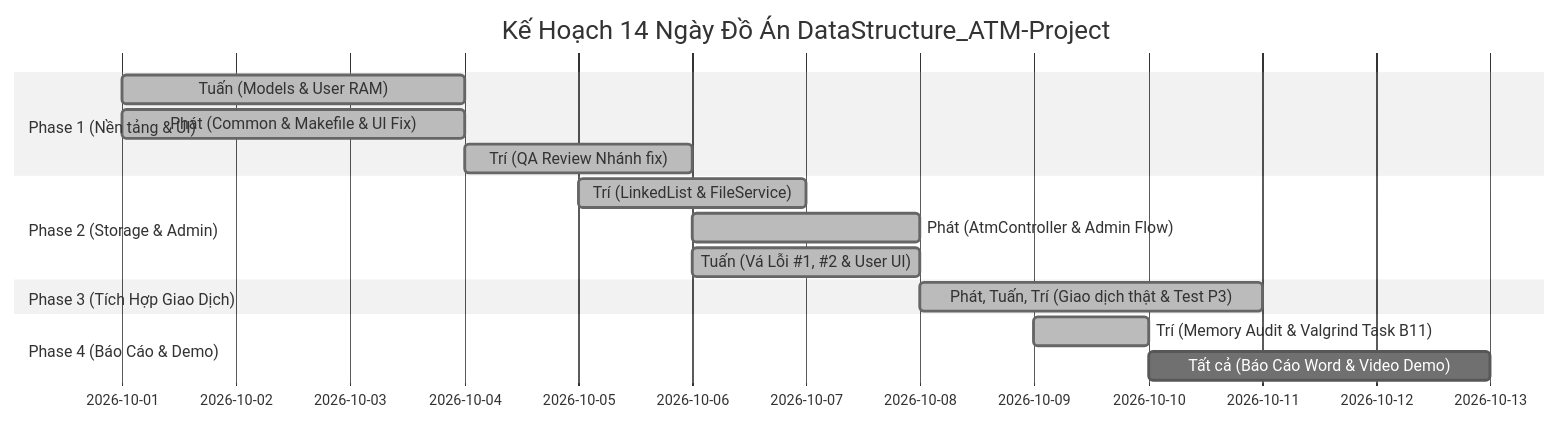
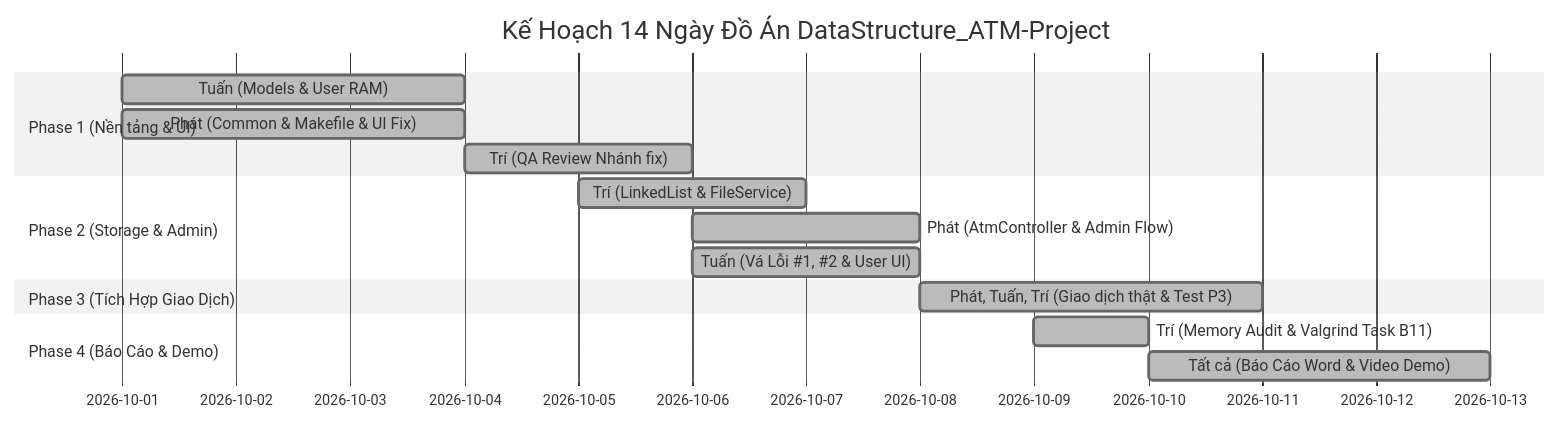
The second of 2 diagrams in docs/TIEN_DO_CONG_VIEC.md (phattvh/DataStructure_ATM-Project), drawn with Mermaid (neutral theme) before and after one commit. The commit also changed other lines of this file and 3 other files, not shown here.

````diff
--- a/docs/TIEN_DO_CONG_VIEC.md
+++ b/docs/TIEN_DO_CONG_VIEC.md
@@ -97,18 +101,18 @@
 ```mermaid
 gantt
     title Kế Hoạch 14 Ngày Đồ Án DataStructure_ATM-Project
     dateFormat  YYYY-MM-DD
     section Phase 1 (Nền tảng & UI)
     Tuấn (Models & User RAM)         :done, p1_a, 2026-10-01, 3d
     Phát (Common & Makefile & UI Fix):done, p1_c, 2026-10-01, 3d
     Trí (QA Review Nhánh fix)       :done, p1_b, 2026-10-04, 2d
     section Phase 2 (Storage & Admin)
     Trí (LinkedList & FileService)  :done, p2_b, 2026-10-05, 2d
     Phát (AtmController & Admin Flow):done, p2_c, 2026-10-06, 2d
     Tuấn (Vá Lỗi #1, #2 & User UI)  :done, p2_a, 2026-10-06, 2d
     section Phase 3 (Tích Hợp Giao Dịch)
     Phát, Tuấn, Trí (Giao dịch thật & Test P3) :done, p3_all, 2026-10-08, 3d
     section Phase 4 (Báo Cáo & Demo)
     Trí (Memory Audit & Valgrind Task B11)     :done, p4_b11, 2026-10-09, 1d
-    Tất cả (Báo Cáo Word & Video Demo)         :p4_doc, 2026-10-10, 3d
+    Tất cả (Báo Cáo Word & Video Demo)         :done, p4_doc, 2026-10-10, 3d
 ```
````
